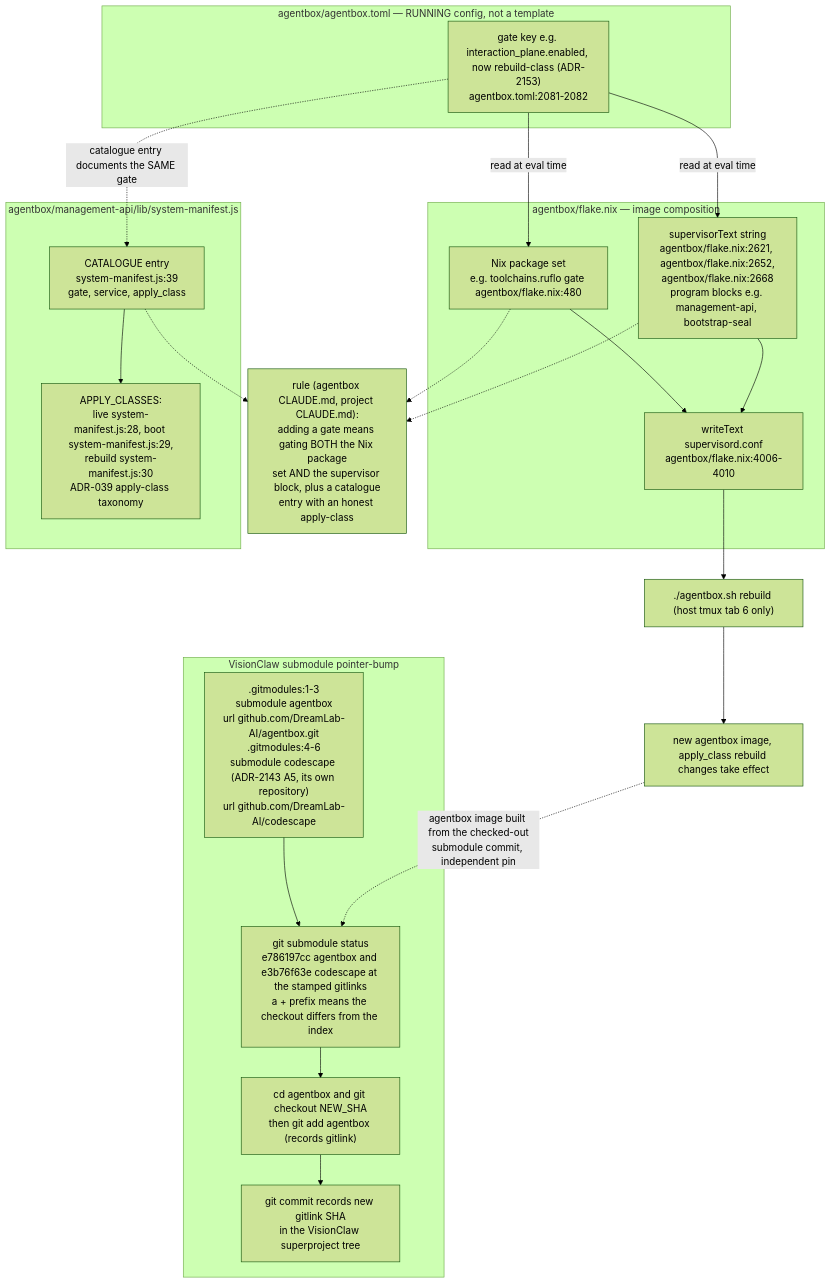
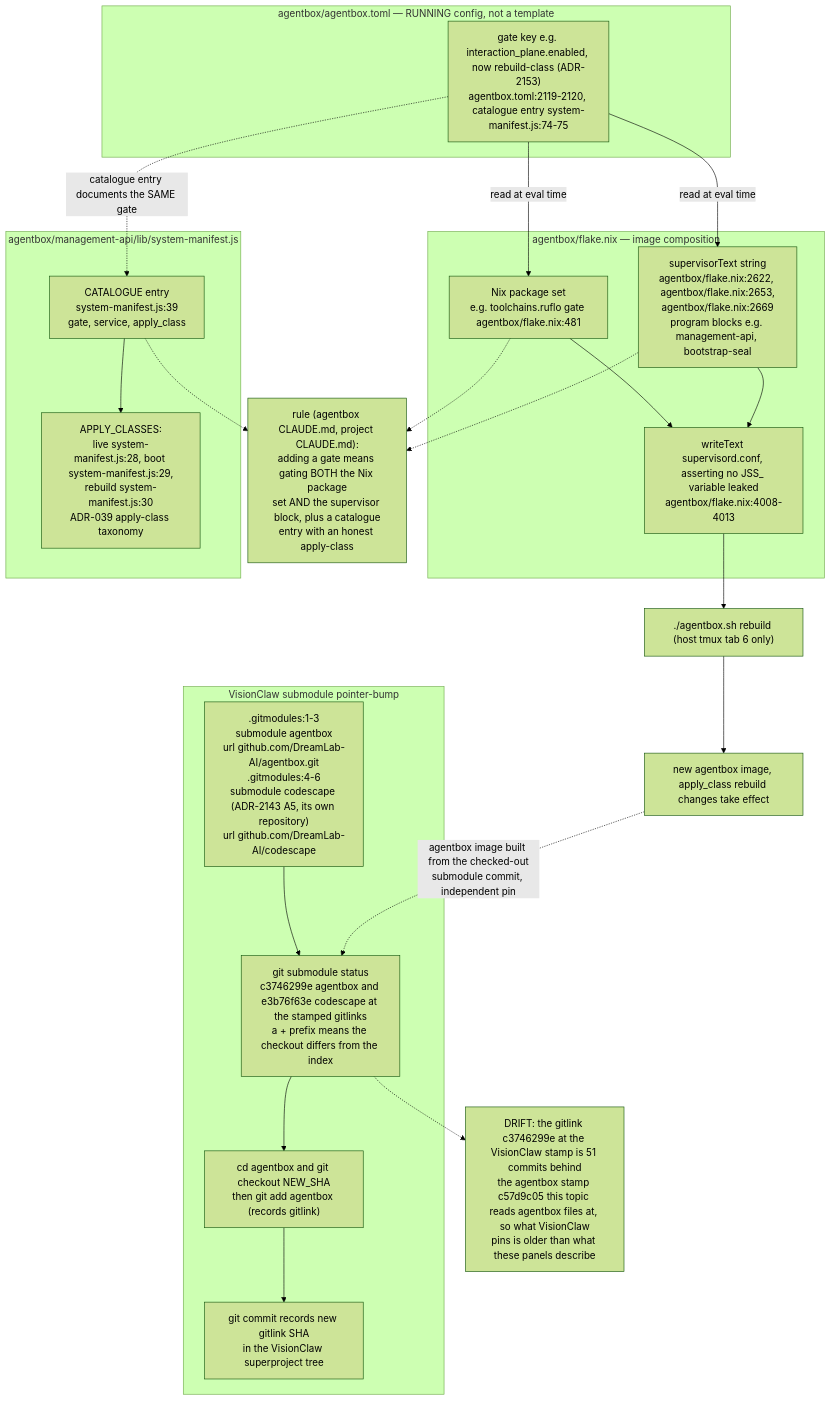
The tenth of 24 diagrams in docs/diagrams/estate/09-build-deploy-and-ci-estate.md (DreamLab-AI/VisionFlow), drawn with Mermaid (forest theme) before and after one commit. The commit also changed other lines of this file and 91 other files, not shown here.

First line of the commit message:
docs(audit): estate audit wave 2, every repository except agentbox and VisionClaw

````diff
--- a/docs/diagrams/estate/09-build-deploy-and-ci-estate.md
+++ b/docs/diagrams/estate/09-build-deploy-and-ci-estate.md
@@ -387,42 +406,44 @@
 ```mermaid
 flowchart TB
     subgraph FLAKE["agentbox/flake.nix — image composition"]
-        NIXPKG["Nix package set<br/>e.g. toolchains.ruflo gate agentbox/flake.nix:480"]
-        SUPTEXT["supervisorText string<br/>agentbox/flake.nix:2621, agentbox/flake.nix:2652,<br/>agentbox/flake.nix:2668<br/>program blocks e.g. management-api, bootstrap-seal"]
-        SUPWRITE["writeText supervisord.conf<br/>agentbox/flake.nix:4006-4010"]
+        NIXPKG["Nix package set<br/>e.g. toolchains.ruflo gate agentbox/flake.nix:481"]
+        SUPTEXT["supervisorText string<br/>agentbox/flake.nix:2622, agentbox/flake.nix:2653,<br/>agentbox/flake.nix:2669<br/>program blocks e.g. management-api, bootstrap-seal"]
+        SUPWRITE["writeText supervisord.conf, asserting no JSS_ variable leaked<br/>agentbox/flake.nix:4008-4013"]
     end
     subgraph TOML["agentbox/agentbox.toml — RUNNING config, not a template"]
-        GATEKEY["gate key e.g. interaction_plane.enabled, now rebuild-class (ADR-2153)<br/>agentbox.toml:2081-2082"]
+        GATEKEY["gate key e.g. interaction_plane.enabled, now rebuild-class (ADR-2153)<br/>agentbox.toml:2119-2120, catalogue entry system-manifest.js:74-75"]
     end
     subgraph MANIFEST["agentbox/management-api/lib/system-manifest.js"]
         CATALOGUE["CATALOGUE entry<br/>system-manifest.js:39<br/>gate, service, apply_class"]
         APPLYCLASS["APPLY_CLASSES:<br/>live system-manifest.js:28, boot system-manifest.js:29,<br/>rebuild system-manifest.js:30<br/>ADR-039 apply-class taxonomy"]
     end
 
     GATEKEY -->|"read at eval time"| NIXPKG
     GATEKEY -->|"read at eval time"| SUPTEXT
     NIXPKG --> SUPWRITE
     SUPTEXT --> SUPWRITE
     GATEKEY -.->|"catalogue entry documents the SAME gate"| CATALOGUE
     CATALOGUE --> APPLYCLASS
 
     RULE["rule (agentbox CLAUDE.md, project CLAUDE.md):<br/>adding a gate means gating BOTH the Nix package<br/>set AND the supervisor block, plus a catalogue<br/>entry with an honest apply-class"]
     NIXPKG -.-> RULE
     SUPTEXT -.-> RULE
     CATALOGUE -.-> RULE
 
     REBUILD["./agentbox.sh rebuild (host tmux tab 6 only)"]
     SUPWRITE --> REBUILD
     REBUILD --> IMAGE["new agentbox image, apply_class rebuild changes take effect"]
 
     subgraph SUBMOD["VisionClaw submodule pointer-bump"]
         GITMODULES[".gitmodules:1-3<br/>submodule agentbox<br/>url github.com/DreamLab-AI/agentbox.git<br/>.gitmodules:4-6<br/>submodule codescape (ADR-2143 A5, its own repository)<br/>url github.com/DreamLab-AI/codescape"]
-        SUBSTATUS["git submodule status<br/>e786197cc agentbox and e3b76f63e codescape at the stamped gitlinks<br/>a + prefix means the checkout differs from the index"]
+        SUBSTATUS["git submodule status<br/>c3746299e agentbox and e3b76f63e codescape at the stamped gitlinks<br/>a + prefix means the checkout differs from the index"]
         SUBUPDATE["cd agentbox and git checkout NEW_SHA<br/>then git add agentbox (records gitlink)"]
         SUBCOMMIT["git commit records new gitlink SHA<br/>in the VisionClaw superproject tree"]
     end
     GITMODULES --> SUBSTATUS
     SUBSTATUS --> SUBUPDATE
     SUBUPDATE --> SUBCOMMIT
     IMAGE -.->|"agentbox image built from the checked-out<br/>submodule commit, independent pin"| SUBSTATUS
+    SKEW["DRIFT: the gitlink c3746299e at the VisionClaw stamp is 51 commits behind<br/>the agentbox stamp c57d9c05 this topic reads agentbox files at, so what VisionClaw<br/>pins is older than what these panels describe"]
+    SUBSTATUS -.-> SKEW
 ```
````
